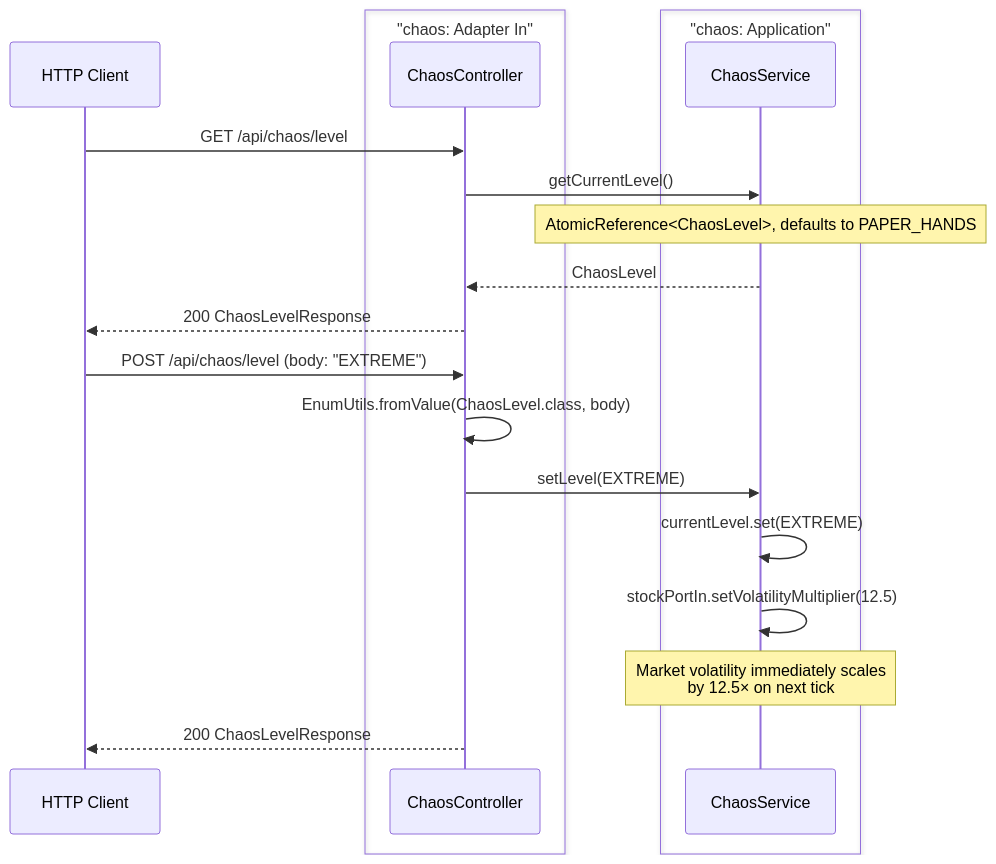
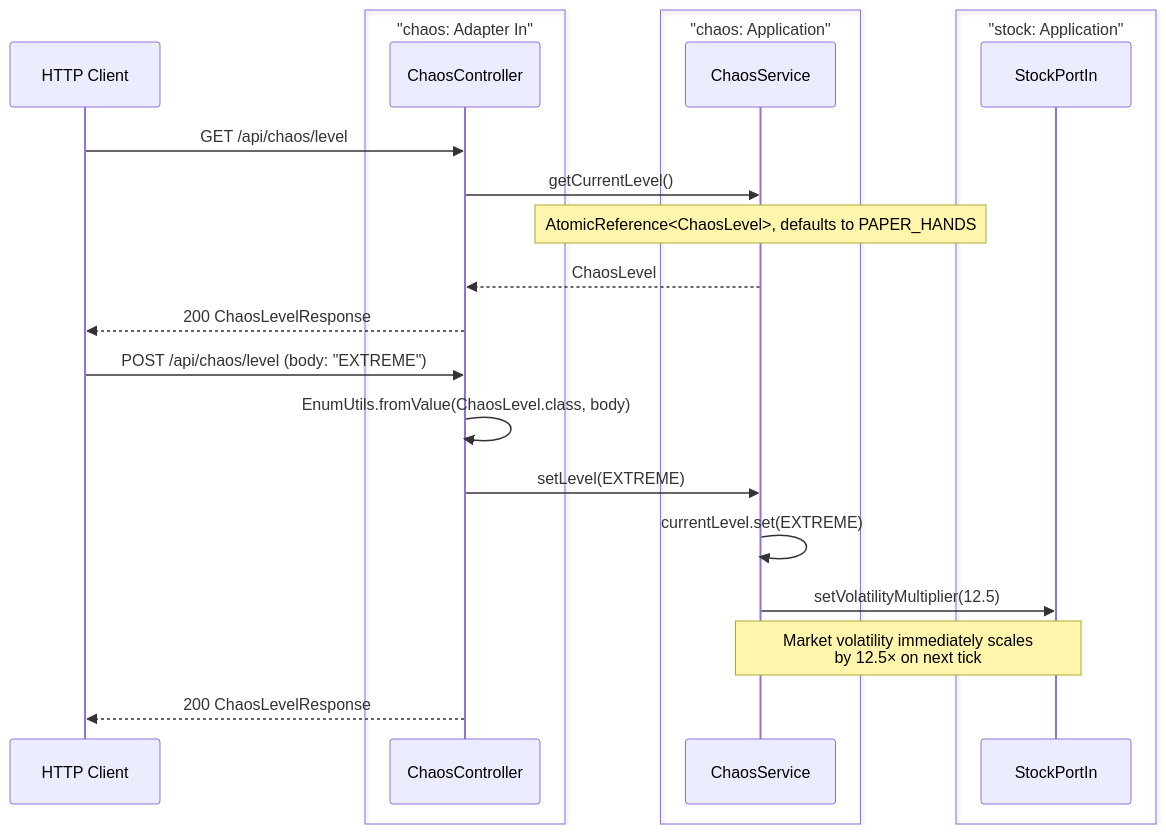
Diagram 18 of 22 in stonks_java/README.md (franBec/stonks-simulator), drawn with Mermaid before and after one commit. The commit also changed other lines of this file and 6 other files, not shown here.

First line of the commit message:
refactor: use BigDecimal for volatility multiplier, add test rationale comments, update README diagrams

````diff
--- a/stonks_java/README.md
+++ b/stonks_java/README.md
@@ -901,24 +903,27 @@
 ```mermaid
 sequenceDiagram
     participant Client as HTTP Client
     box "chaos: Adapter In"
     participant CC as ChaosController
     end
     box "chaos: Application"
     participant CS as ChaosService
+    end
+    box "stock: Application"
+    participant SS as StockPortIn
     end
 
     Client->>CC: GET /api/chaos/level
     CC->>CS: getCurrentLevel()
     Note over CS: AtomicReference<ChaosLevel>, defaults to PAPER_HANDS
     CS-->>CC: ChaosLevel
     CC-->>Client: 200 ChaosLevelResponse
 
     Client->>CC: POST /api/chaos/level (body: "EXTREME")
     CC->>CC: EnumUtils.fromValue(ChaosLevel.class, body)
     CC->>CS: setLevel(EXTREME)
     CS->>CS: currentLevel.set(EXTREME)
-    CS->>CS: stockPortIn.setVolatilityMultiplier(12.5)
-    Note over CS: Market volatility immediately scales<br/>by 12.5× on next tick
+    CS->>SS: setVolatilityMultiplier(12.5)
+    Note over CS,SS: Market volatility immediately scales<br/>by 12.5× on next tick
     CC-->>Client: 200 ChaosLevelResponse
 ```
````
